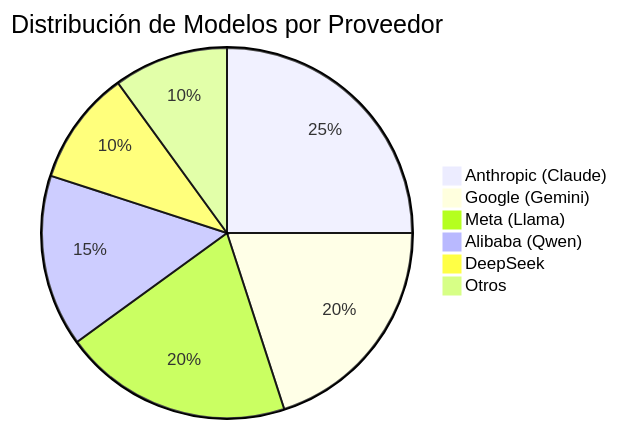
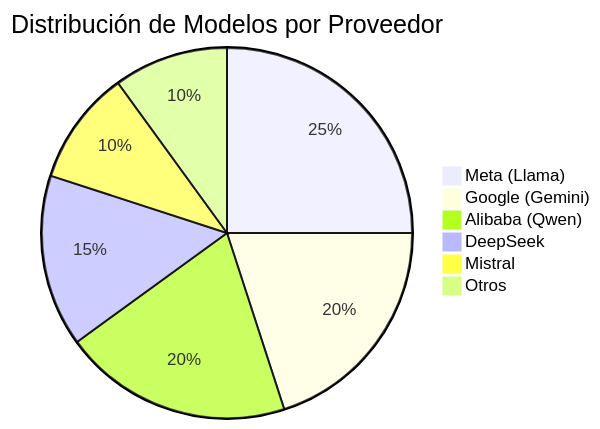
Before and after one commit to JoseEduardoGR/GRDocs: the second of 2 diagrams in README.md, drawn with Mermaid. The commit also changed other lines of this file and 1 other file, not shown here.

Commit message:
docs: Update README to focus on OpenRouter only, remove Anthropic references

````diff
--- a/README.md
+++ b/README.md
@@ -167,9 +169,9 @@
 ```mermaid
 pie title Distribución de Modelos por Proveedor
-    "Anthropic (Claude)" : 25
+    "Meta (Llama)" : 25
     "Google (Gemini)" : 20
-    "Meta (Llama)" : 20
-    "Alibaba (Qwen)" : 15
-    "DeepSeek" : 10
+    "Alibaba (Qwen)" : 20
+    "DeepSeek" : 15
+    "Mistral" : 10
     "Otros" : 10
 ```
````
